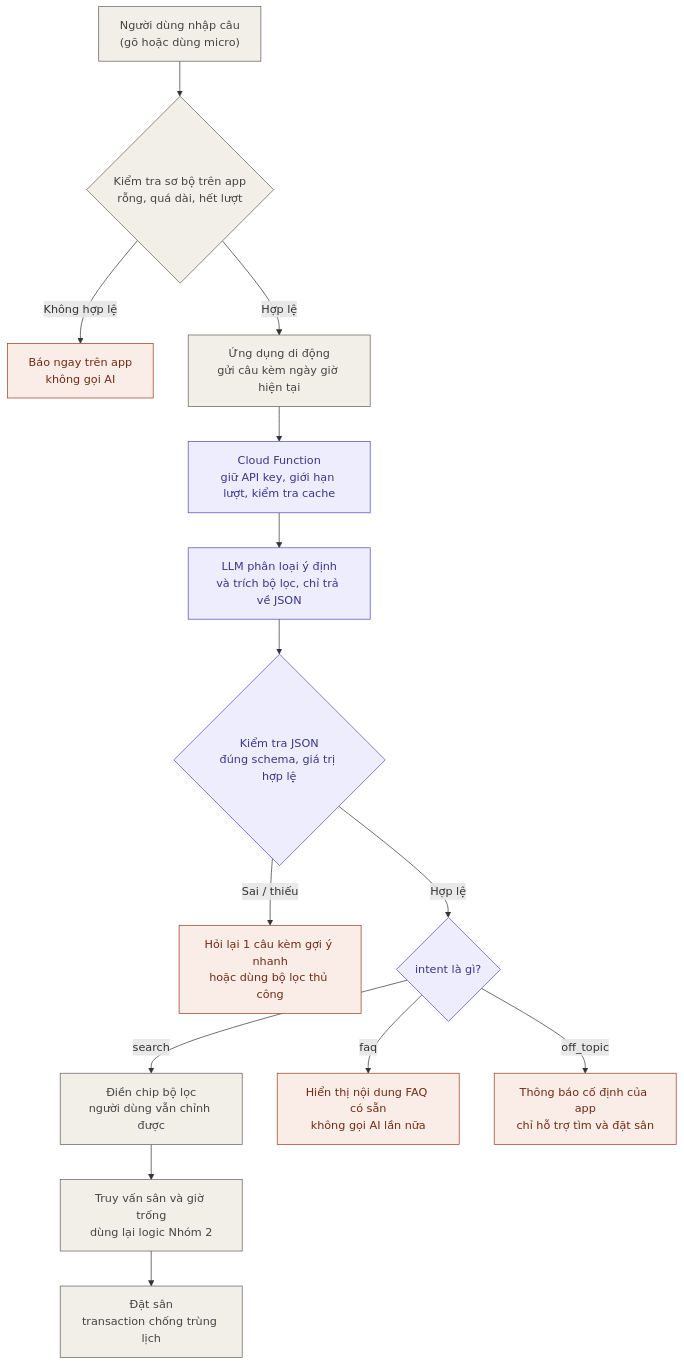
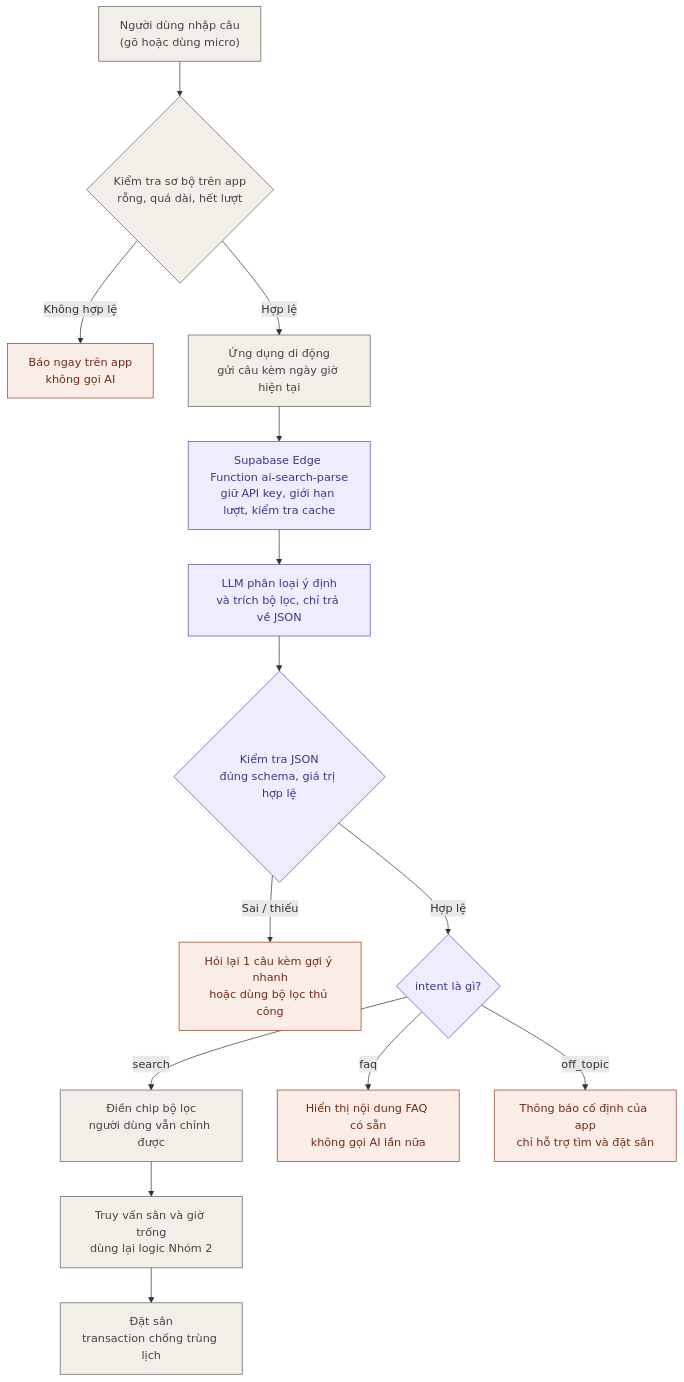
The diagram in docs/proposal/AI-feature.md (ThanhDu14/Mobile-Project-Booking), drawn with Mermaid before and after one commit. The commit also changed other lines of this file and 4 other files, not shown here.

````diff
--- a/docs/proposal/AI-feature.md
+++ b/docs/proposal/AI-feature.md
@@ -7,23 +7,23 @@
 ```mermaid
 flowchart TD
     A["Người dùng nhập câu<br/>(gõ hoặc dùng micro)"] --> P{"Kiểm tra sơ bộ trên app<br/>rỗng, quá dài, hết lượt"}
     P -- "Không hợp lệ" --> X["Báo ngay trên app<br/>không gọi AI"]
     P -- "Hợp lệ" --> B["Ứng dụng di động<br/>gửi câu kèm ngày giờ hiện tại"]
-    B --> C["Cloud Function<br/>giữ API key, giới hạn lượt, kiểm tra cache"]
+    B --> C["Supabase Edge Function ai-search-parse<br/>giữ API key, giới hạn lượt, kiểm tra cache"]
     C --> D["LLM phân loại ý định<br/>và trích bộ lọc, chỉ trả về JSON"]
     D --> E{"Kiểm tra JSON<br/>đúng schema, giá trị hợp lệ"}
     E -- "Sai / thiếu" --> F["Hỏi lại 1 câu kèm gợi ý nhanh<br/>hoặc dùng bộ lọc thủ công"]
     E -- "Hợp lệ" --> R{"intent là gì?"}
     R -- "search" --> G["Điền chip bộ lọc<br/>người dùng vẫn chỉnh được"]
     R -- "faq" --> Q["Hiển thị nội dung FAQ có sẵn<br/>không gọi AI lần nữa"]
     R -- "off_topic" --> O["Thông báo cố định của app<br/>chỉ hỗ trợ tìm và đặt sân"]
     G --> H["Truy vấn sân và giờ trống<br/>dùng lại logic Nhóm 2"]
     H --> I["Đặt sân<br/>transaction chống trùng lịch"]
 
     classDef ai fill:#EEEDFE,stroke:#534AB7,color:#3C3489
     classDef existing fill:#F1EFE8,stroke:#5F5E5A,color:#444441
     classDef fallback fill:#FAECE7,stroke:#993C1D,color:#712B13
     class C,D,E,R ai
     class A,B,G,H,I,P existing
     class F,X,Q,O fallback
 ```
````
